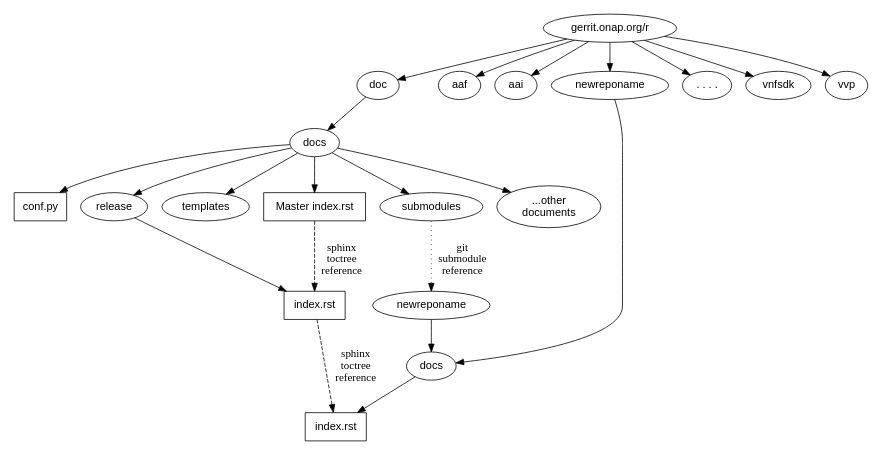
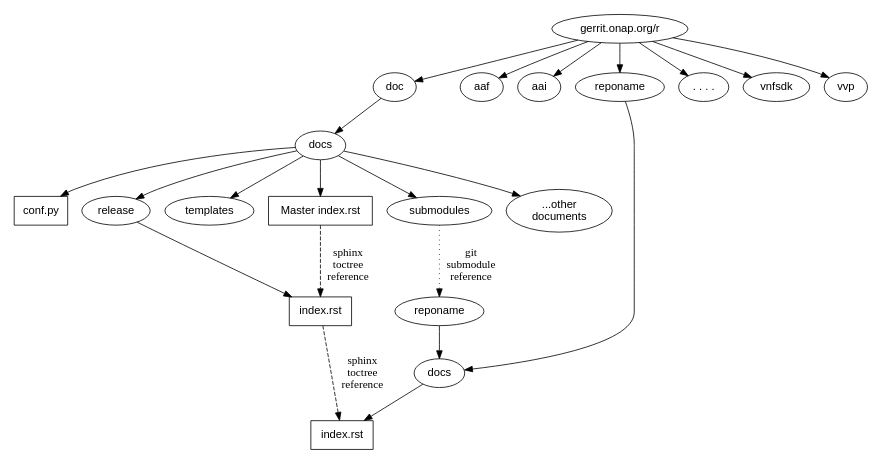
One commit to onap/doc changed the diagram in docs/guide/onap-developer/how-to-use-docs/include-documentation.rst. Above: the diagram before and after it, drawn with Graphviz. The commit also changed other lines of this file and 3 other files, not shown here.

```diff
--- a/docs/guide/onap-developer/how-to-use-docs/include-documentation.rst
+++ b/docs/guide/onap-developer/how-to-use-docs/include-documentation.rst
@@ -116,53 +116,53 @@
 .. graphviz::
 
    
    digraph docstructure {
    size="8,12";
    node [fontname = "helvetica"];
    // Align gerrit repos and docs directories
-   {rank=same doc aaf aai newreponame repoelipse vnfsdk vvp}
+   {rank=same doc aaf aai reponame repoelipse vnfsdk vvp}
    {rank=same confpy release templates masterindex submodules otherdocdocumentelipse}
 
 
    //Illustrate Gerrit Repos and provide URL/Link for complete repo list
    gerrit [label="gerrit.onap.org/r", href="https://gerrit.onap.org/r/#/admin/projects/" ];
    gerrit -> doc;
    gerrit -> aaf;
    gerrit -> aai;
-   gerrit -> newreponame; 
+   gerrit -> reponame; 
    gerrit -> repoelipse;
              repoelipse [label=". . . ."];
    gerrit -> vnfsdk;
    gerrit -> vvp;
 
-   //Show example of local newreponame instance of component info
-   newreponame -> newreponamedocsdir;
-   newreponamesm -> newreponamedocsdir;  
-                    newreponamedocsdir [label="docs"];
-   newreponamedocsdir -> newrepodocsdirindex; 
+   //Show example of local reponame instance of component info
+   reponame -> reponamedocsdir;
+   reponamesm -> reponamedocsdir;  
+                    reponamedocsdir [label="docs"];
+   reponamedocsdir -> newrepodocsdirindex; 
                          newrepodocsdirindex [label="index.rst", shape=box];
 
    //Show detail structure of a portion of doc/docs 
    doc  -> docs;
    docs -> confpy;                   
            confpy [label="conf.py",shape=box];
    docs -> masterindex; 
            masterindex [label="Master index.rst", shape=box];
    docs -> release;
    docs -> templates;                                
    docs -> otherdocdocumentelipse;  
            otherdocdocumentelipse [label="...other\ndocuments"];
    docs -> submodules
    
    masterindex -> releasedocumentindex [style=dashed, label="sphinx\ntoctree\nreference"];
    
    //Show submodule linkage to docs directory
-   submodules -> newreponamesm [style=dotted,label="git\nsubmodule\nreference"];  
-                 newreponamesm [label="newreponame"];
+   submodules -> reponamesm [style=dotted,label="git\nsubmodule\nreference"];  
+                 reponamesm [label="reponame"];
 
    //Example Release document index that references component info provided in other project repo
    release -> releasedocumentindex;   
               releasedocumentindex [label="index.rst", shape=box];
    releasedocumentindex -> newrepodocsdirindex [style=dashed, label="sphinx\ntoctree\nreference"];
  
    }
```
